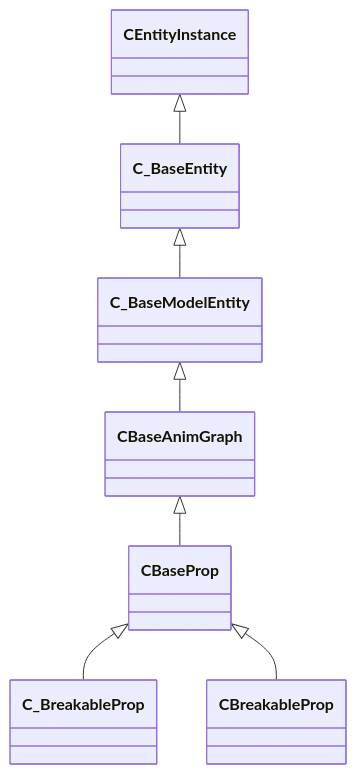
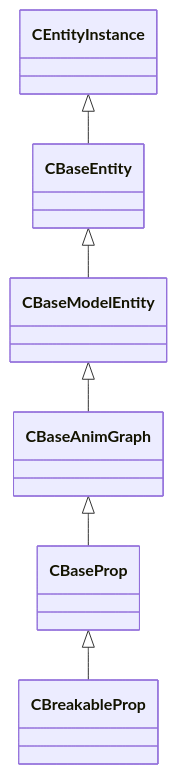
The diagram in docs/generated/schemas/server/CBaseProp.md (CS2OpenDev/CS2OpenDev-Docs), drawn with Mermaid before and after one commit. The commit also changed other lines of this file and 4525 other files, not shown here.

````diff
--- a/docs/generated/schemas/server/CBaseProp.md
+++ b/docs/generated/schemas/server/CBaseProp.md
@@ -19,9 +23,8 @@
 ```mermaid
 classDiagram
     CBaseAnimGraph <|-- CBaseProp
-    C_BaseModelEntity <|-- CBaseAnimGraph
-    C_BaseEntity <|-- C_BaseModelEntity
-    CEntityInstance <|-- C_BaseEntity
-    CBaseProp <|-- C_BreakableProp
+    CBaseModelEntity <|-- CBaseAnimGraph
+    CBaseEntity <|-- CBaseModelEntity
+    CEntityInstance <|-- CBaseEntity
     CBaseProp <|-- CBreakableProp
 ```
````
